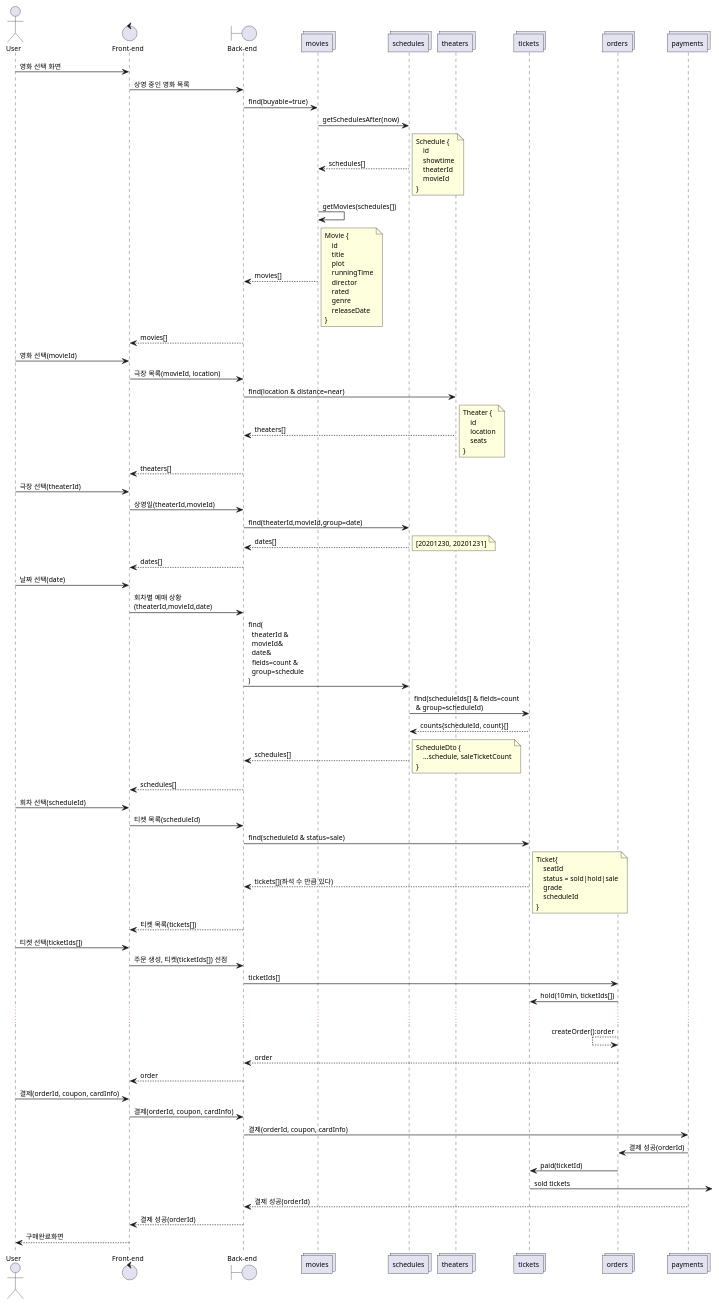
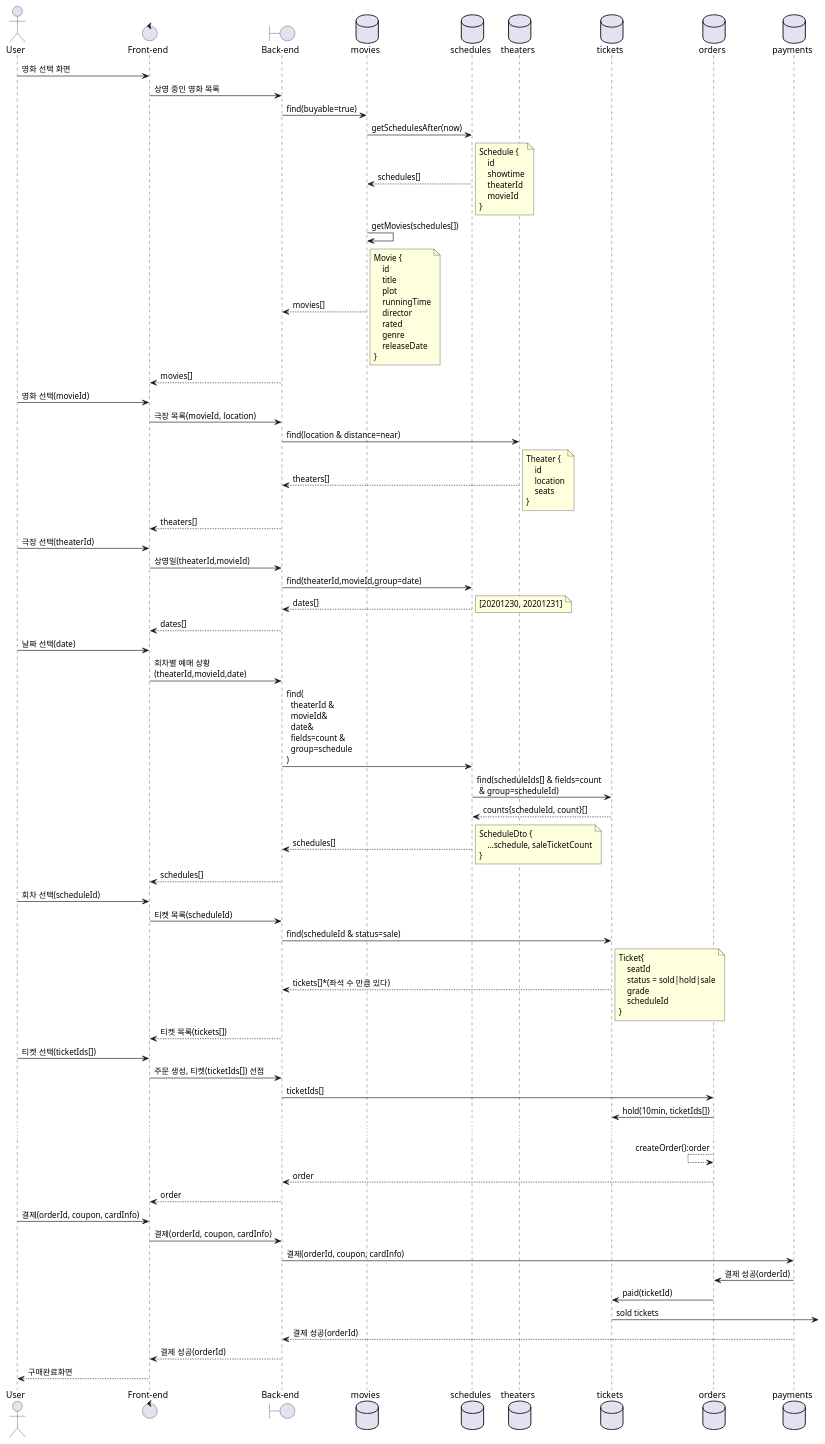
One commit to hunjuly/nestjs-ex changed the diagram in docs/buying-tickets.md. Above: the diagram before and after it, drawn with PlantUML. The commit also changed other lines of this file and 3 other files, not shown here.

````diff
--- a/docs/buying-tickets.md
+++ b/docs/buying-tickets.md
@@ -69,18 +49,14 @@
 ```plantuml
 @startuml
-' skinparam shadowing false
-skinparam defaultFontSize 11
-
 actor user as "User"
 control front as "Front-end"
 boundary back as "Back-end"
-' collections stats as "Statistics" #fff
-collections movies
-collections schedules
-collections theaters
-collections tickets
-collections orders
-collections payments
+database movies
+database schedules
+database theaters
+database tickets
+database orders
+database payments
 
 user -> front: 영화 선택 화면
 front -> back: 상영 중인 영화 목록
@@ -145,7 +121,7 @@
 user -> front: 회차 선택(scheduleId)
 front -> back: 티켓 목록(scheduleId)
 back -> tickets: find(scheduleId & status=sale)
-back <-- tickets: tickets[](좌석 수 만큼 있다)
+back <-- tickets: tickets[]*(좌석 수 만큼 있다)
 note right
 Ticket{
     seatId
````
